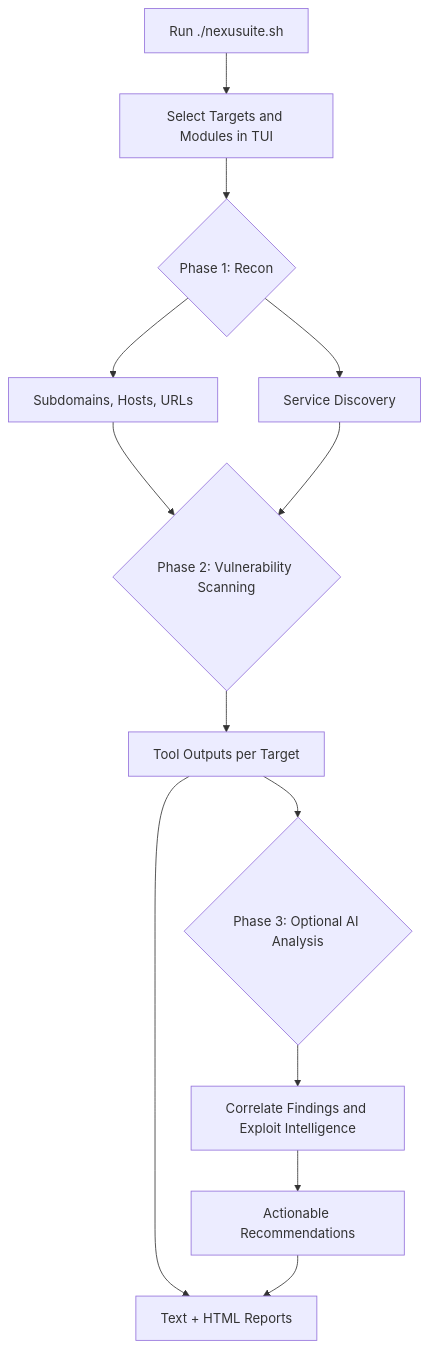
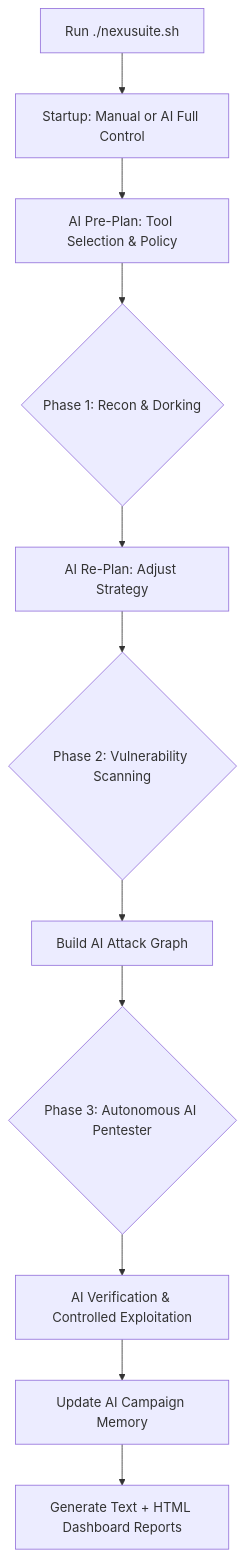
Before and after one commit to afrizalwahyuadi66/Nexusuite: the diagram in README.md, drawn with Mermaid. The commit also changed other lines of this file and 10 other files, not shown here.

````diff
--- a/README.md
+++ b/README.md
@@ -38,15 +52,13 @@
 ```mermaid
 graph TD
-    A[Run ./nexusuite.sh] --> B[Select Targets and Modules in TUI]
-    B --> C{Phase 1: Recon}
-    C --> D[Subdomains, Hosts, URLs]
-    C --> E[Service Discovery]
-    D --> F{Phase 2: Vulnerability Scanning}
-    E --> F
-    F --> G[Tool Outputs per Target]
-    G --> H{Phase 3: Optional AI Analysis}
-    H --> I[Correlate Findings and Exploit Intelligence]
-    I --> J[Actionable Recommendations]
-    G --> K[Text + HTML Reports]
-    J --> K
+    A[Run ./nexusuite.sh] --> B[Startup: Manual or AI Full Control]
+    B --> C[AI Pre-Plan: Tool Selection & Policy]
+    C --> D{Phase 1: Recon & Dorking}
+    D --> E[AI Re-Plan: Adjust Strategy]
+    E --> F{Phase 2: Vulnerability Scanning}
+    F --> G[Build AI Attack Graph]
+    G --> H{Phase 3: Autonomous AI Pentester}
+    H --> I[AI Verification & Controlled Exploitation]
+    I --> J[Update AI Campaign Memory]
+    J --> K[Generate Text + HTML Dashboard Reports]
 ```
````
